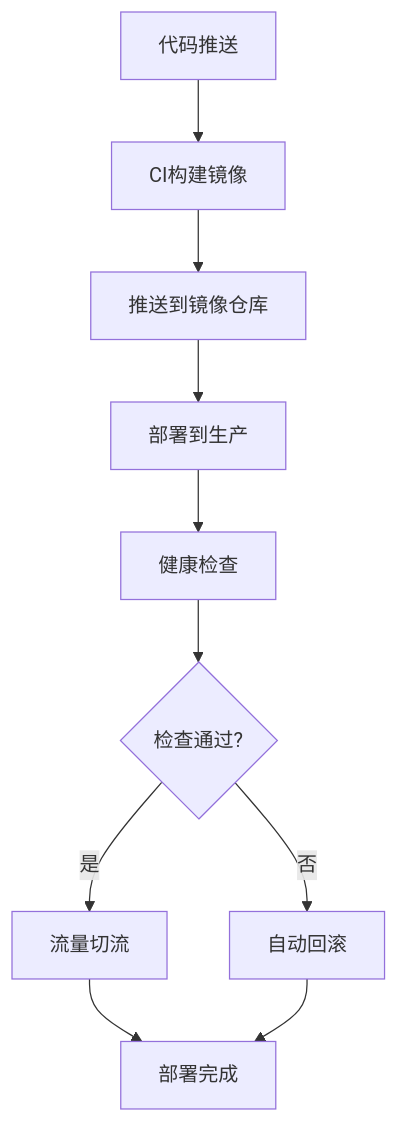
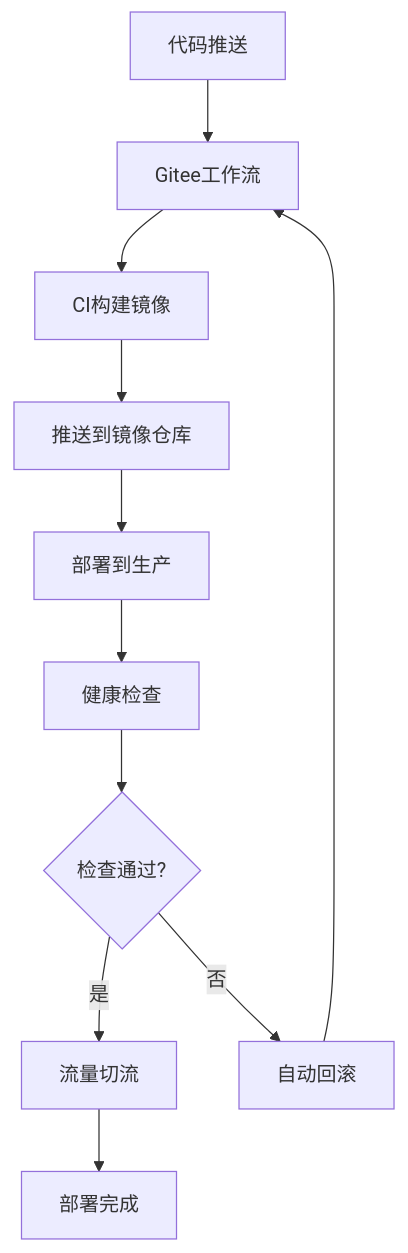
Before and after one commit to L1mingyoung/ex: the sixth of 7 diagrams in .qoder/repowiki/zh/content/部署与运维/生产环境部署.md, drawn with Mermaid. The commit also changed other lines of this file and 9 other files, not shown here.

````diff
--- a/.qoder/repowiki/zh/content/部署与运维/生产环境部署.md
+++ b/.qoder/repowiki/zh/content/部署与运维/生产环境部署.md
@@ -300,12 +356,13 @@
 ```mermaid
 flowchart TD
-CODE[代码推送] --> BUILD[CI构建镜像]
+CODE[代码推送] --> GITEE[Gitee工作流]
+GITEE --> BUILD[CI构建镜像]
 BUILD --> PUSH[推送到镜像仓库]
 PUSH --> DEPLOY[部署到生产]
 DEPLOY --> HEALTH[健康检查]
 HEALTH --> OK{检查通过?}
 OK --> |是| PROMOTE[流量切流]
 OK --> |否| ROLLBACK[自动回滚]
 PROMOTE --> DONE[部署完成]
-ROLLBACK --> DONE
+ROLLBACK --> GITEE
 ```
````
